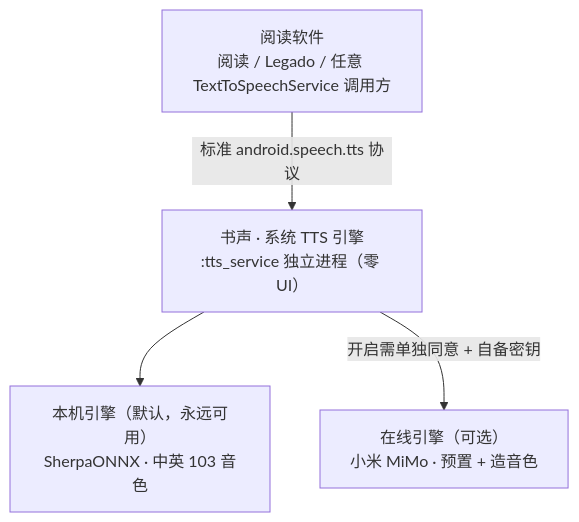
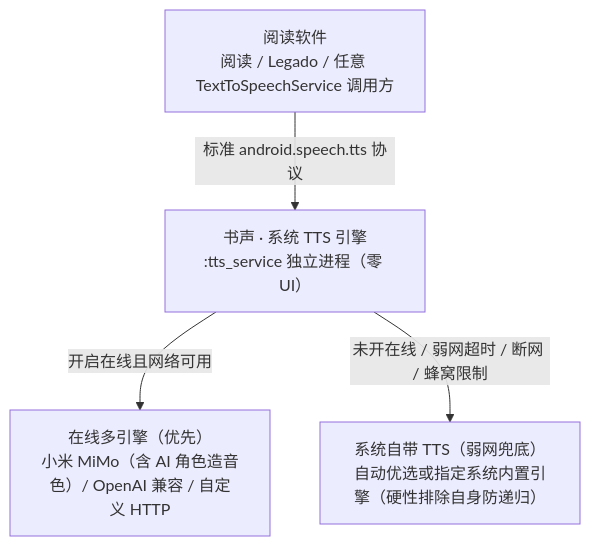
One commit to kermond369-nsis/ebook2tts changed the diagram in README.md. Above: the diagram before and after it, drawn with Mermaid. The commit also changed other lines of this file and 97 other files, not shown here.

````diff
--- a/README.md
+++ b/README.md
@@ -7,11 +7,11 @@
 ```mermaid
 flowchart TB
     R["阅读软件<br/>阅读 / Legado / 任意 TextToSpeechService 调用方"]
     E["书声 · 系统 TTS 引擎<br/>:tts_service 独立进程（零 UI）"]
-    L["本机引擎（默认，永远可用）<br/>SherpaONNX · 中英 103 音色"]
-    O["在线引擎（可选）<br/>小米 MiMo · 预置 + 造音色"]
+    O["在线多引擎（优先）<br/>小米 MiMo（含 AI 角色造音色）/ OpenAI 兼容 / 自定义 HTTP"]
+    S["系统自带 TTS（弱网兜底）<br/>自动优选或指定系统内置引擎（硬性排除自身防递归）"]
 
     R -->|"标准 android.speech.tts 协议"| E
-    E --> L
-    E -->|"开启需单独同意 + 自备密钥"| O
+    E -->|"开启在线且网络可用"| O
+    E -->|"未开在线 / 弱网超时 / 断网 / 蜂窝限制"| S
 ```
````
